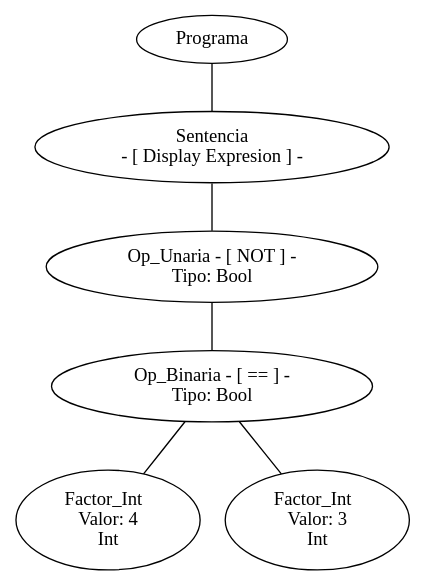
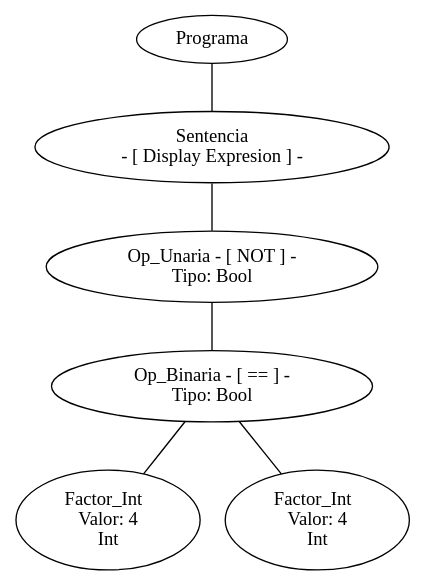
Before and after one commit to SantiPerez17/Compiladores: the diagram in arbol.dot, drawn with Graphviz. The commit also changed 8 other files, not shown here.

```diff
--- a/arbol.dot
+++ b/arbol.dot
@@ -1,19 +1,19 @@
 graph G {nodo_programa[label="Programa"]
-nodo_1171811070[label="Sentencia
+nodo_2018405636[label="Sentencia
  - [ Display Expresion ] -"]
-nodo_programa--nodo_1171811070
-nodo_1863356636[label=" Op_Unaria - [ NOT ] - 
+nodo_programa--nodo_2018405636
+nodo_1152349377[label=" Op_Unaria - [ NOT ] - 
  Tipo: Bool"]
-nodo_1171811070--nodo_1863356636
-nodo_131652093[label=" Op_Binaria - [ == ] - 
+nodo_2018405636--nodo_1152349377
+nodo_1612516583[label=" Op_Binaria - [ == ] - 
  Tipo: Bool"]
-nodo_1863356636--nodo_131652093
-nodo_1267477957[label="Factor_Int  
+nodo_1152349377--nodo_1612516583
+nodo_1566736442[label="Factor_Int  
  Valor: 4 
 Int"]
-nodo_131652093--nodo_1267477957
-nodo_1114179148[label="Factor_Int  
- Valor: 3 
+nodo_1612516583--nodo_1566736442
+nodo_574675655[label="Factor_Int  
+ Valor: 4 
 Int"]
-nodo_131652093--nodo_1114179148
+nodo_1612516583--nodo_574675655
 }
```
